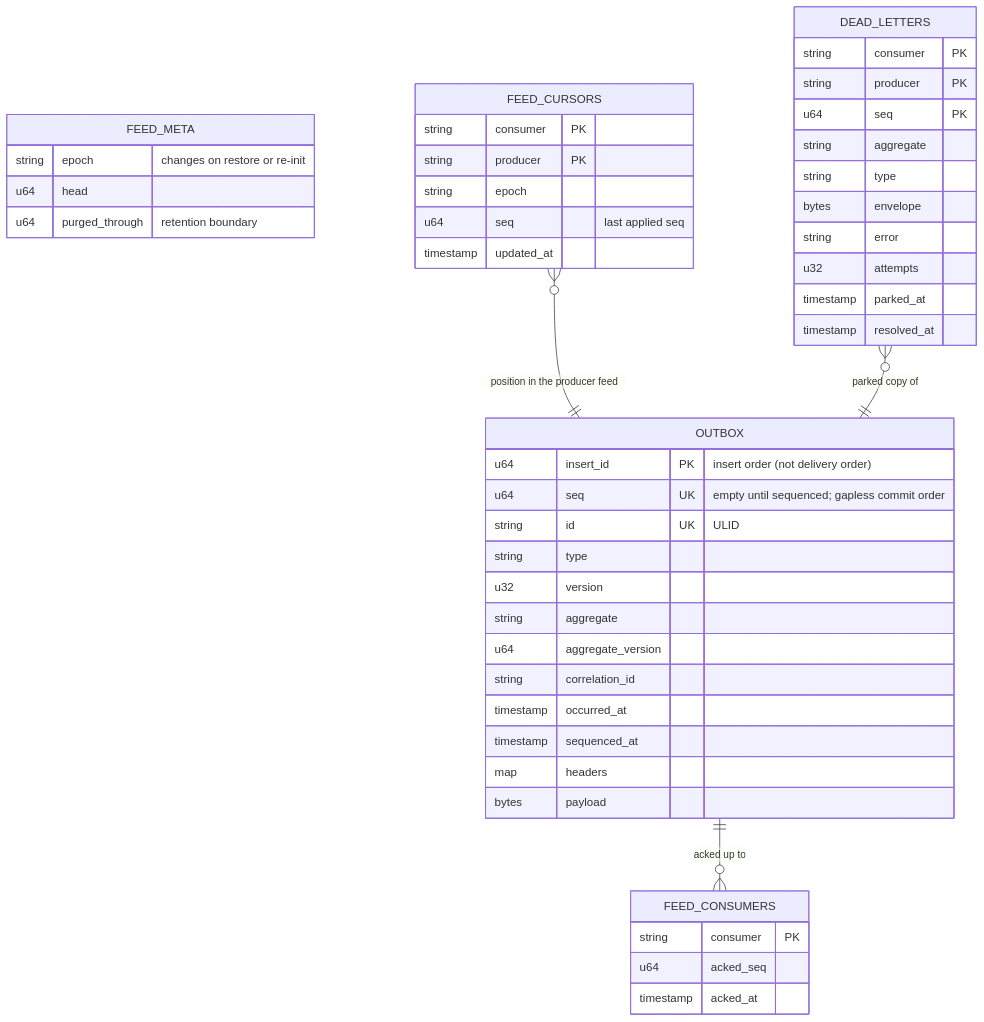
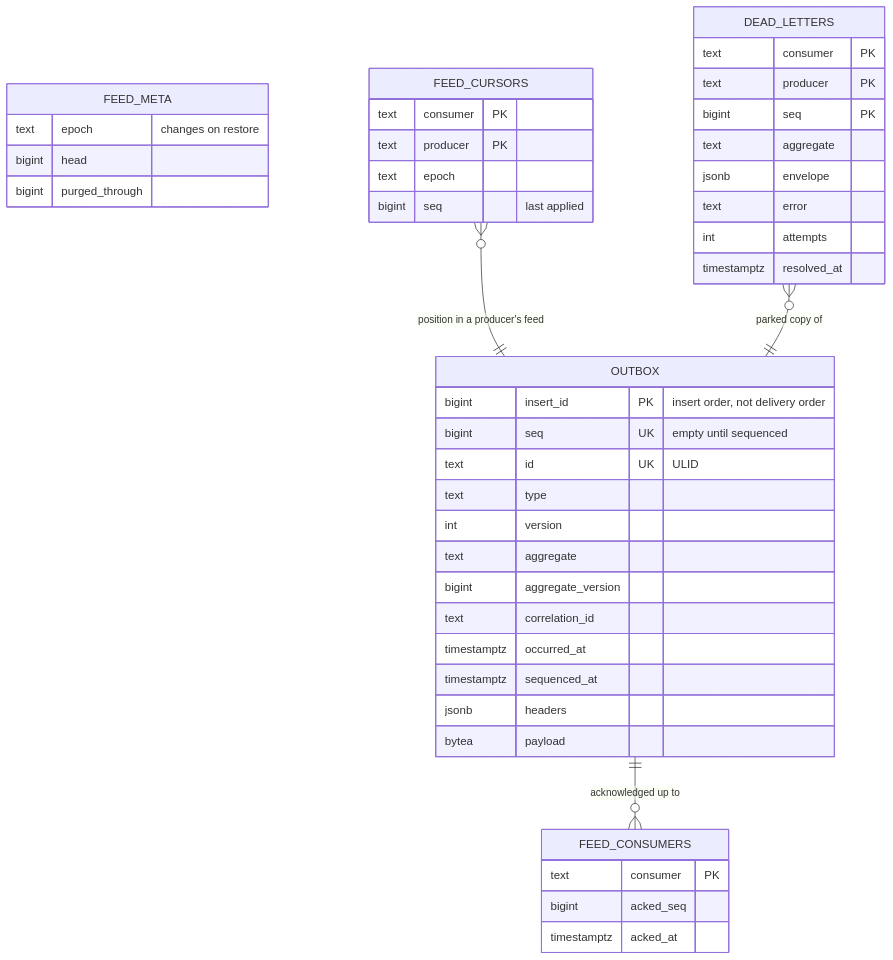
Diagram 14 of 17 in DESIGN.md (eugenezimin/z-event), drawn with Mermaid before and after one commit. The commit also changed other lines of this file and 6 other files, not shown here.

````diff
--- a/DESIGN.md
+++ b/DESIGN.md
@@ -395,49 +514,46 @@
 ```mermaid
 erDiagram
     OUTBOX {
-        u64 insert_id PK "insert order (not delivery order)"
-        u64 seq UK "empty until sequenced; gapless commit order"
-        string id UK "ULID"
-        string type
-        u32 version
-        string aggregate
-        u64 aggregate_version
-        string correlation_id
-        timestamp occurred_at
-        timestamp sequenced_at
-        map headers
-        bytes payload
+        bigint insert_id PK "insert order, not delivery order"
+        bigint seq UK "empty until sequenced"
+        text id UK "ULID"
+        text type
+        int version
+        text aggregate
+        bigint aggregate_version
+        text correlation_id
+        timestamptz occurred_at
+        timestamptz sequenced_at
+        jsonb headers
+        bytea payload
     }
     FEED_META {
-        string epoch "changes on restore or re-init"
-        u64 head
-        u64 purged_through "retention boundary"
+        text epoch "changes on restore"
+        bigint head
+        bigint purged_through
     }
     FEED_CONSUMERS {
-        string consumer PK
-        u64 acked_seq
-        timestamp acked_at
+        text consumer PK
+        bigint acked_seq
+        timestamptz acked_at
     }
     FEED_CURSORS {
-        string consumer PK
-        string producer PK
-        string epoch
-        u64 seq "last applied seq"
-        timestamp updated_at
+        text consumer PK
+        text producer PK
+        text epoch
+        bigint seq "last applied"
     }
     DEAD_LETTERS {
-        string consumer PK
-        string producer PK
-        u64 seq PK
-        string aggregate
-        string type
-        bytes envelope
-        string error
-        u32 attempts
-        timestamp parked_at
-        timestamp resolved_at
+        text consumer PK
+        text producer PK
+        bigint seq PK
+        text aggregate
+        jsonb envelope
+        text error
+        int attempts
+        timestamptz resolved_at
     }
-    OUTBOX ||--o{ FEED_CONSUMERS : "acked up to"
-    FEED_CURSORS }o--|| OUTBOX : "position in the producer feed"
+    OUTBOX ||--o{ FEED_CONSUMERS : "acknowledged up to"
+    FEED_CURSORS }o--|| OUTBOX : "position in a producer's feed"
     DEAD_LETTERS }o--|| OUTBOX : "parked copy of"
 ```
````
